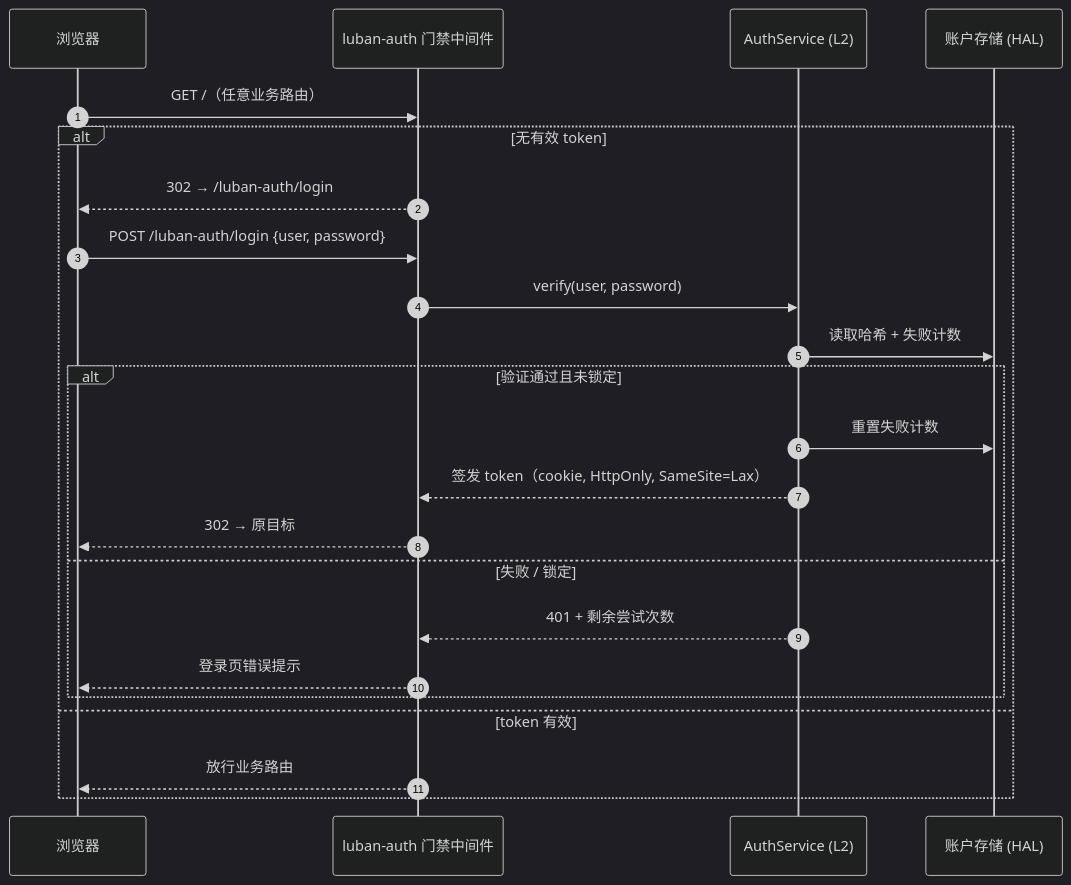
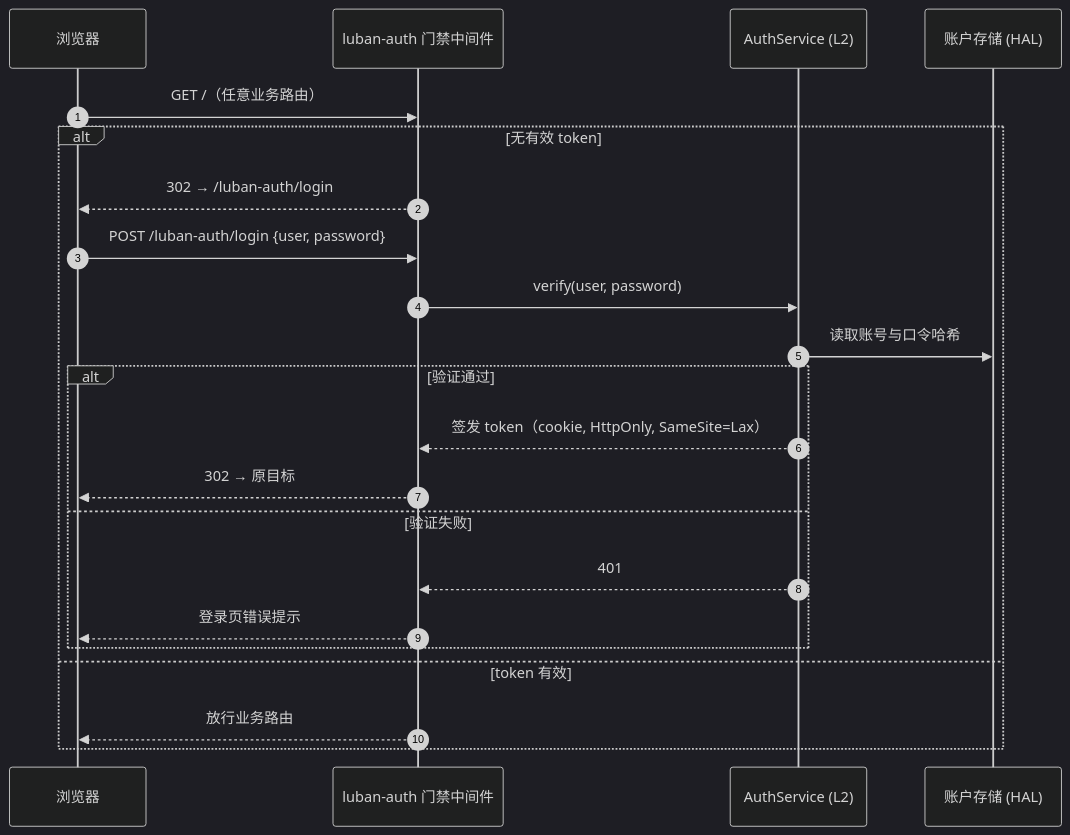
The diagram in design/03-modules/M01-auth.md (yin52133/dsh-luban), drawn with Mermaid (dark theme) before and after one commit. The commit also changed other lines of this file and 37 other files, not shown here.

````diff
--- a/design/03-modules/M01-auth.md
+++ b/design/03-modules/M01-auth.md
@@ -36,25 +38,24 @@
 ```mermaid
 sequenceDiagram
     autonumber
     participant B as 浏览器
     participant G as luban-auth 门禁中间件
     participant A as AuthService (L2)
     participant S as 账户存储 (HAL)
     B->>G: GET /（任意业务路由）
     alt 无有效 token
         G-->>B: 302 → /luban-auth/login
         B->>G: POST /luban-auth/login {user, password}
         G->>A: verify(user, password)
-        A->>S: 读取哈希 + 失败计数
-        alt 验证通过且未锁定
-            A->>S: 重置失败计数
+        A->>S: 读取账号与口令哈希
+        alt 验证通过
             A-->>G: 签发 token（cookie, HttpOnly, SameSite=Lax）
             G-->>B: 302 → 原目标
-        else 失败 / 锁定
-            A-->>G: 401 + 剩余尝试次数
+        else 验证失败
+            A-->>G: 401
             G-->>B: 登录页错误提示
         end
     else token 有效
         G-->>B: 放行业务路由
     end
 ```
````
